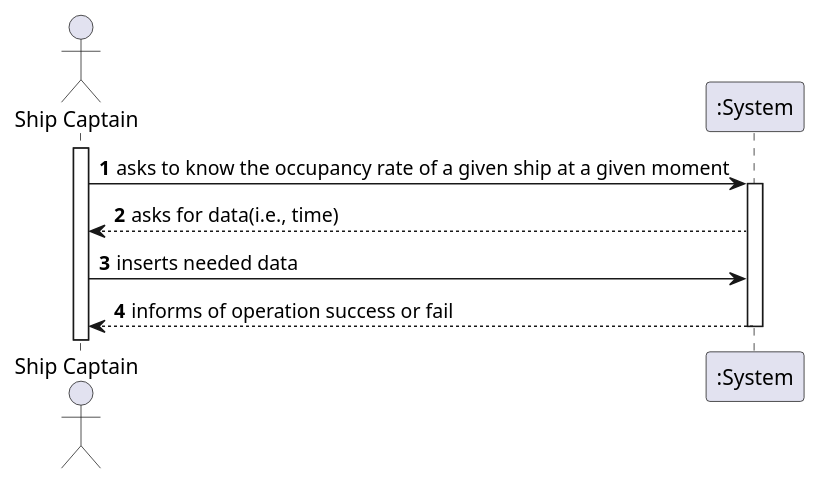
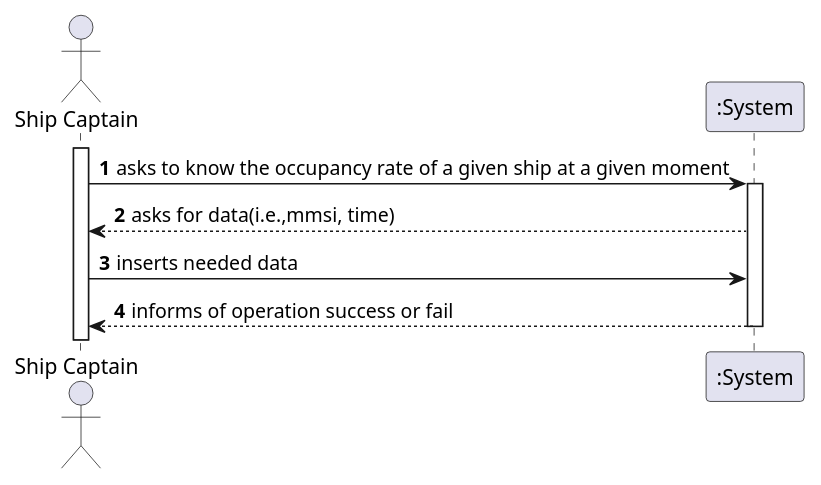
One commit to ana-albergaria/LAPR3-ISEP changed the diagram in docs/US209/US_209_SSD.puml. Above: the diagram before and after it, drawn with PlantUML. The commit also changed 5 other files, not shown here.

```diff
--- a/docs/US209/US_209_SSD.puml
+++ b/docs/US209/US_209_SSD.puml
@@ -1,16 +1,16 @@
 @startuml
 'https://plantuml.com/sequence-diagram
 
 autonumber
 actor "Ship Captain" as SC
 
 activate SC
 SC-> ":System" : asks to know the occupancy rate of a given ship at a given moment
 activate ":System"
-":System" --> SC : asks for data(i.e., time)
+":System" --> SC : asks for data(i.e.,mmsi, time)
 SC-> ":System" : inserts needed data
 ":System" --> SC : informs of operation success or fail
 
 deactivate ":System"
 
 @enduml
```
